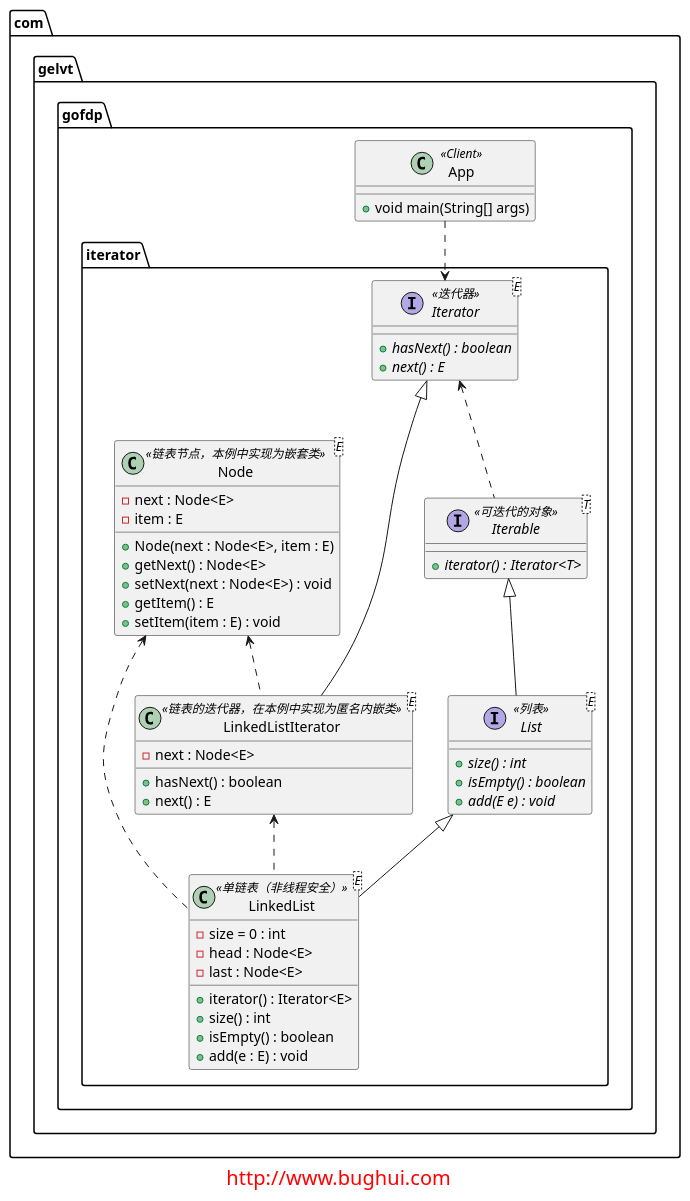
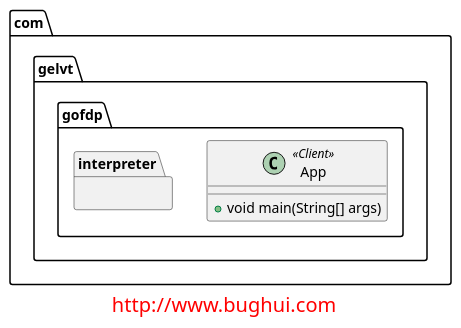
The diagram in interpreter/diagrams/interpreter.puml (elvinzeng/java-design-pattern-samples), drawn with PlantUML before and after one commit. The commit also changed 2 other files, not shown here.

```diff
--- a/interpreter/diagrams/interpreter.puml
+++ b/interpreter/diagrams/interpreter.puml
@@ -1,66 +1,19 @@
 @startuml
 
-package com.gelvt.gofdp.iterator{
-    interface Iterator<E> <<迭代器>>{
-        + {abstract} hasNext() : boolean
-        + {abstract} next() : E
-    }
+package com.gelvt.gofdp.interpreter{
 
-    interface Iterable<T> <<可迭代的对象>>{
-        + {abstract} iterator() : Iterator<T>
-    }
-
-    interface List<E> <<列表>>{
-        + {abstract} size() : int
-        + {abstract} isEmpty() : boolean
-        + {abstract} add(E e) : void
-    }
-
-    class Node<E> <<链表节点，本例中实现为嵌套类>>{
-        - next : Node<E>
-        - item : E
-        + Node(next : Node<E>, item : E)
-        + getNext() : Node<E>
-        + setNext(next : Node<E>) : void
-        + getItem() : E
-        + setItem(item : E) : void
-    }
-
-    class LinkedListIterator<E> <<链表的迭代器，在本例中实现为匿名内嵌类>>{
-        - next : Node<E>
-        + hasNext() : boolean
-        + next() : E
-    }
-
-    class LinkedList<E> <<单链表（非线程安全）>> {
-        - size = 0 : int
-        - head : Node<E>
-        - last : Node<E>
-        + iterator() : Iterator<E>
-        + size() : int
-        + isEmpty() : boolean
-        + add(e : E) : void
-    }
-
-    Iterator <.. Iterable
-    Iterable <|-- List
-    List <|-- LinkedList
-    Node <.. LinkedList
-    Iterator <|-- LinkedListIterator
-    LinkedListIterator <.. LinkedList
-    Node <.. LinkedListIterator
 }
 
 package com.gelvt.gofdp{
     class App <<Client>>{
         + void main(String[] args)
     }
 }
 
-App ..> Iterator
+
 
 footer
 <font size="20" color="red">http://www.bughui.com</font>
 endfooter
 
 @enduml
```
